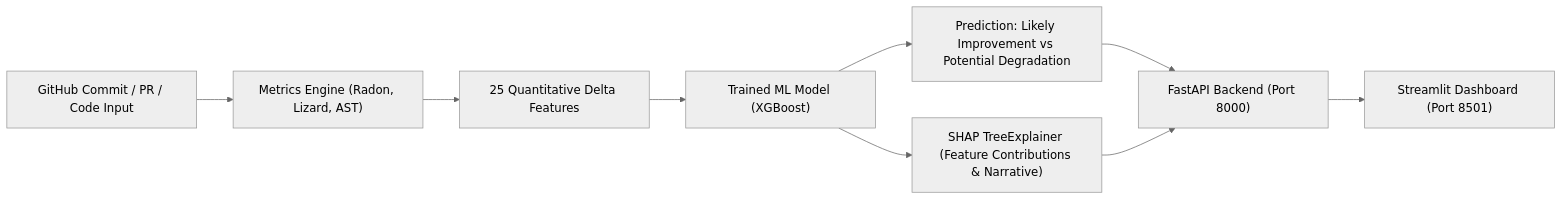
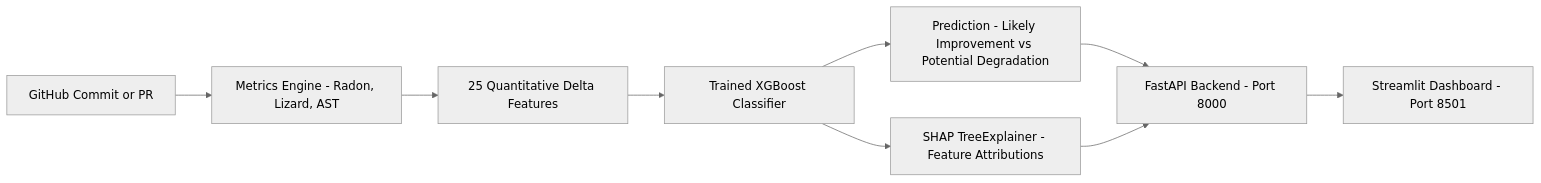
Before and after one commit to santoshreddyg06/code-quality-analyzer: the diagram in README.md, drawn with Mermaid (neutral theme).

Commit message:
Fix Mermaid diagram syntax in README for clean rendering on GitHub

````diff
--- a/README.md
+++ b/README.md
@@ -21,11 +21,11 @@
 ```mermaid
 flowchart LR
-    A["GitHub Commit / PR / Code Input"] --> B["Metrics Engine (Radon, Lizard, AST)"]
-    B --> C["25 Quantitative Delta Features"]
-    C --> D["Trained ML Model (XGBoost)"]
-    D --> E["Prediction: Likely Improvement vs Potential Degradation"]
-    D --> F["SHAP TreeExplainer (Feature Contributions & Narrative)"]
-    E --> G["FastAPI Backend (Port 8000)"]
+    A[GitHub Commit or PR] --> B[Metrics Engine - Radon, Lizard, AST]
+    B --> C[25 Quantitative Delta Features]
+    C --> D[Trained XGBoost Classifier]
+    D --> E[Prediction - Likely Improvement vs Potential Degradation]
+    D --> F[SHAP TreeExplainer - Feature Attributions]
+    E --> G[FastAPI Backend - Port 8000]
     F --> G
-    G --> H["Streamlit Dashboard (Port 8501)"]
+    G --> H[Streamlit Dashboard - Port 8501]
 ```
````
